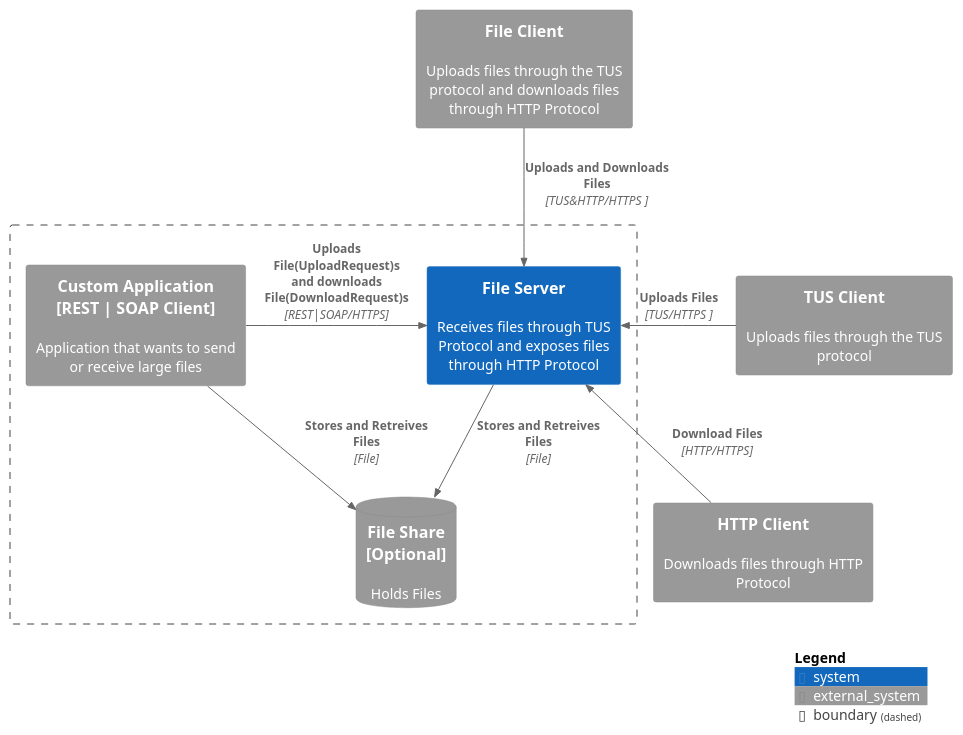
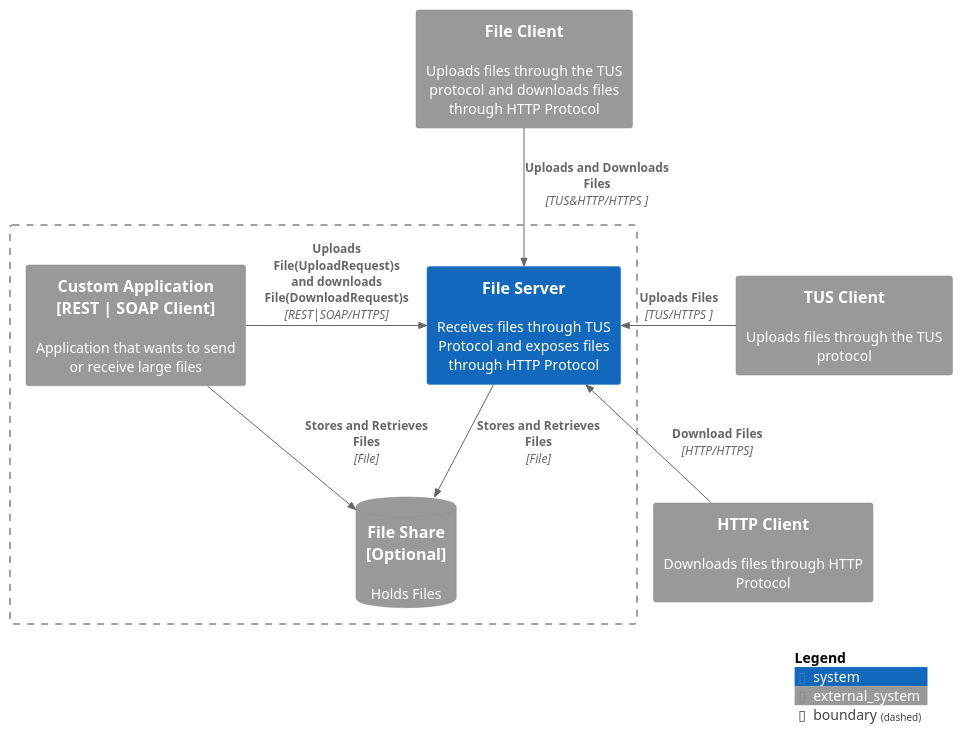
The diagram in docs/img/Context Digram - File Server.puml (eluinstra/file-server-documentation), drawn with PlantUML before and after one commit. The commit also changed 16 other files, not shown here.

```diff
--- a/docs/img/Context Digram - File Server.puml
+++ b/docs/img/Context Digram - File Server.puml
@@ -1,25 +1,25 @@
 @startuml
 !include <C4/C4_Container>
 ' !include https://raw.githubusercontent.com/plantuml-stdlib/C4-PlantUML/master/C4_Container.puml
 
 skinparam backgroundColor transparent
 
 Boundary(b0, "", "") {
     System_Ext(app0, "Custom Application\n[REST | SOAP Client]", "Application that wants to send or receive large files")
     SystemDb_Ext(file0, "File Share\n[Optional]", "Holds Files")
     System(fs, "File Server", "Receives files through TUS Protocol and exposes files through HTTP Protocol")
 }
 System_Ext(fc, "File Client", "Uploads files through the TUS protocol and downloads files through HTTP Protocol")
 System_Ext(tus, "TUS Client", "Uploads files through the TUS protocol")
 System_Ext(http, "HTTP Client", "Downloads files through HTTP Protocol")
 
 Rel_R(app0, fs, "Uploads File(UploadRequest)s and downloads File(DownloadRequest)s", "REST|SOAP/HTTPS")
-Rel(app0, file0, "Stores and Retreives Files", "File")
-Rel(fs, file0, "Stores and Retreives Files", "File")
+Rel(app0, file0, "Stores and Retrieves Files", "File")
+Rel(fs, file0, "Stores and Retrieves Files", "File")
 Rel_D(fc, fs, "Uploads and Downloads Files", "TUS&HTTP/HTTPS ")
 Rel_L(tus, fs, "Uploads Files", "TUS/HTTPS ")
 Rel_U(http, fs, "Download Files", "HTTP/HTTPS")
 
 SHOW_DYNAMIC_LEGEND()
 
 @enduml
```
